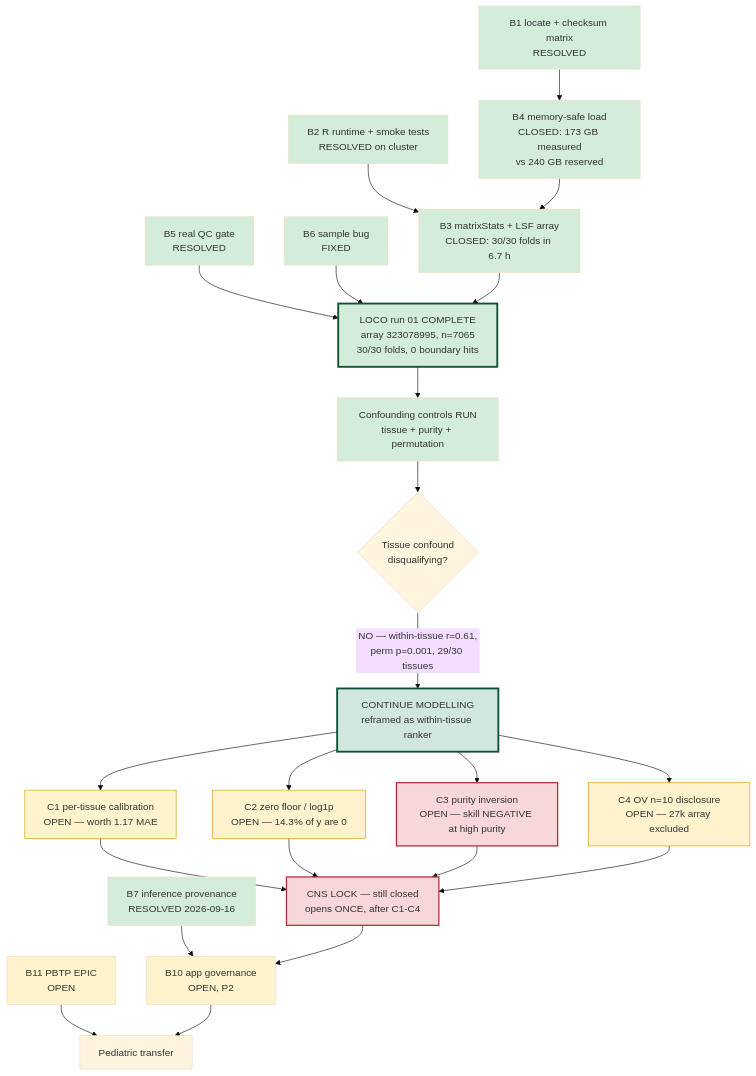
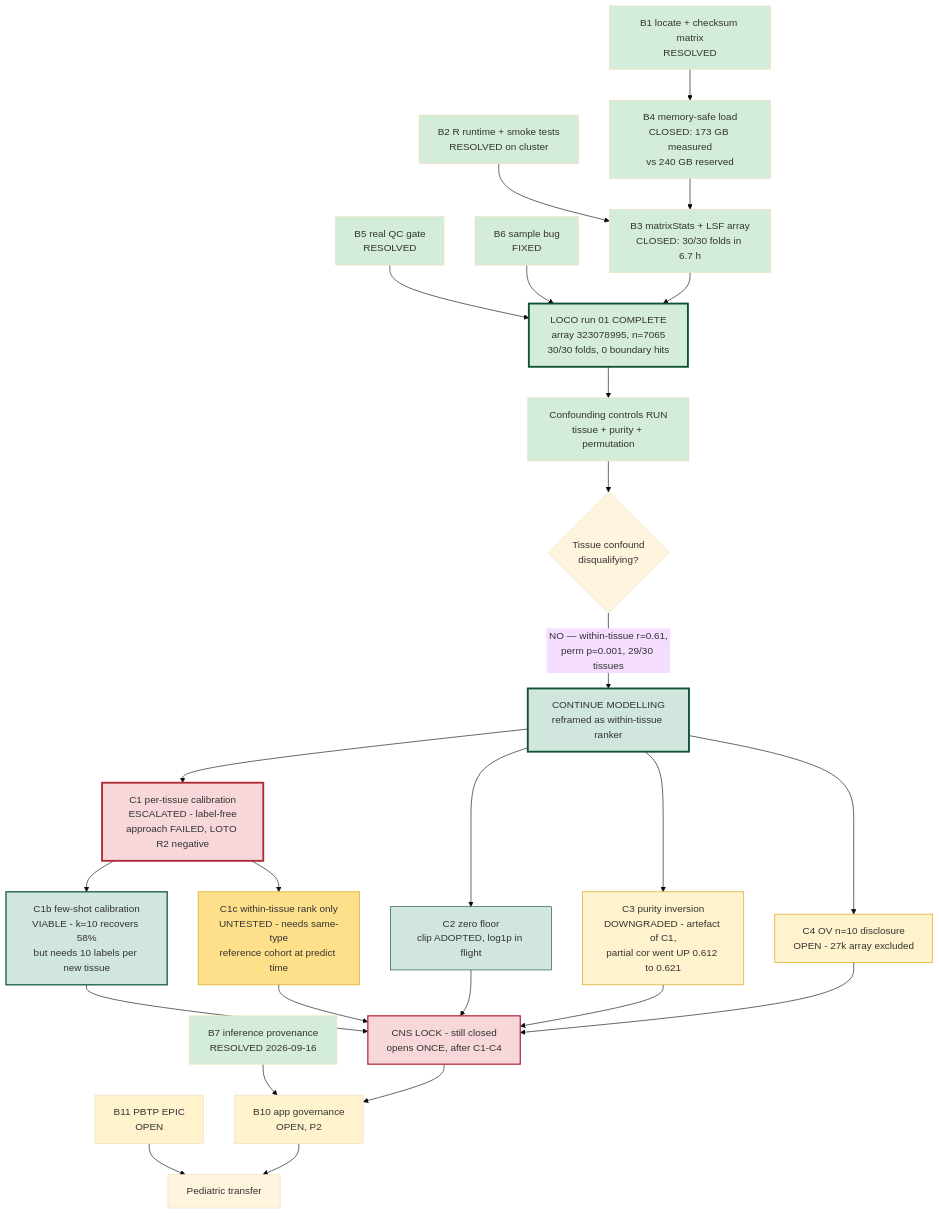
One commit to Tarunkaranam10/KIDS26-Team12 changed the diagram in docs/21_BLOCKER_RESOLUTION_PLAN.md. Above: the diagram before and after it, drawn with Mermaid (base theme). The commit also changed other lines of this file and 3 other files, not shown here.

````diff
--- a/docs/21_BLOCKER_RESOLUTION_PLAN.md
+++ b/docs/21_BLOCKER_RESOLUTION_PLAN.md
@@ -391,46 +401,52 @@
 ```mermaid
 graph TD
     B1["B1 locate + checksum matrix<br/>RESOLVED"] --> B4["B4 memory-safe load<br/>CLOSED: 173 GB measured<br/>vs 240 GB reserved"]
     B2["B2 R runtime + smoke tests<br/>RESOLVED on cluster"] --> B3["B3 matrixStats + LSF array<br/>CLOSED: 30/30 folds in 6.7 h"]
     B4 --> B3
     B5["B5 real QC gate<br/>RESOLVED"] --> FIT
     B6["B6 sample bug<br/>FIXED"] --> FIT
     B3 --> FIT["LOCO run 01 COMPLETE<br/>array 323078995, n=7065<br/>30/30 folds, 0 boundary hits"]
     FIT --> CONF["Confounding controls RUN<br/>tissue + purity + permutation"]
     CONF --> VERDICT{"Tissue confound<br/>disqualifying?"}
     VERDICT -->|"NO — within-tissue r=0.61,<br/>perm p=0.001, 29/30 tissues"| CONTINUE["CONTINUE MODELLING<br/>reframed as within-tissue ranker"]
 
-    CONTINUE --> C1["C1 per-tissue calibration<br/>OPEN — worth 1.17 MAE"]
-    CONTINUE --> C2["C2 zero floor / log1p<br/>OPEN — 14.3% of y are 0"]
-    CONTINUE --> C3["C3 purity inversion<br/>OPEN — skill NEGATIVE at high purity"]
-    CONTINUE --> C4["C4 OV n=10 disclosure<br/>OPEN — 27k array excluded"]
+    CONTINUE --> C1["C1 per-tissue calibration<br/>ESCALATED - label-free<br/>approach FAILED, LOTO R2 negative"]
+    CONTINUE --> C2["C2 zero floor<br/>clip ADOPTED, log1p in flight"]
+    CONTINUE --> C3["C3 purity inversion<br/>DOWNGRADED - artefact of C1,<br/>partial cor went UP 0.612 to 0.621"]
+    CONTINUE --> C4["C4 OV n=10 disclosure<br/>OPEN - 27k array excluded"]
 
-    C1 --> LOCK
+    C1 --> C1B["C1b few-shot calibration<br/>VIABLE - k=10 recovers 58%<br/>but needs 10 labels per new tissue"]
+    C1 --> C1R["C1c within-tissue rank only<br/>UNTESTED - needs same-type<br/>reference cohort at predict time"]
+
+    C1B --> LOCK
+    C1R --> LOCK
     C2 --> LOCK
     C3 --> LOCK
     C4 --> LOCK
-    LOCK["CNS LOCK — still closed<br/>opens ONCE, after C1-C4"]
+    LOCK["CNS LOCK - still closed<br/>opens ONCE, after C1-C4"]
 
     B7["B7 inference provenance<br/>RESOLVED 2026-09-16"] --> B10["B10 app governance<br/>OPEN, P2"]
     LOCK --> B10
     B11["B11 PBTP EPIC<br/>OPEN"] --> TRANSFER["Pediatric transfer"]
     B10 --> TRANSFER
 
     style B1 fill:#d4edda
     style B2 fill:#d4edda
     style B3 fill:#d4edda
     style B4 fill:#d4edda
     style B5 fill:#d4edda
     style B6 fill:#d4edda
     style B7 fill:#d4edda
     style FIT fill:#d4edda,stroke:#0f5132,stroke-width:3px
     style CONF fill:#d4edda
     style CONTINUE fill:#d1e7dd,stroke:#0f5132,stroke-width:3px
-    style C1 fill:#fff3cd,stroke:#d39e00
-    style C2 fill:#fff3cd,stroke:#d39e00
-    style C3 fill:#f8d7da,stroke:#b02a37,stroke-width:2px
+    style C1 fill:#f8d7da,stroke:#b02a37,stroke-width:3px
+    style C2 fill:#d1e7dd,stroke:#0f5132
+    style C3 fill:#fff3cd,stroke:#d39e00
     style C4 fill:#fff3cd,stroke:#d39e00
+    style C1B fill:#d1e7dd,stroke:#0f5132,stroke-width:2px
+    style C1R fill:#ffe08a,stroke:#d39e00
     style LOCK fill:#f8d7da,stroke:#b02a37,stroke-width:2px
     style B10 fill:#fff3cd
     style B11 fill:#fff3cd
 ```
````
